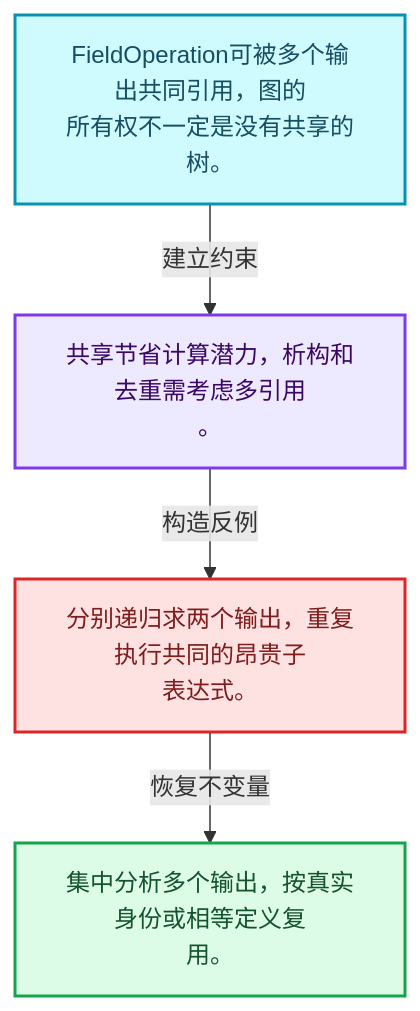
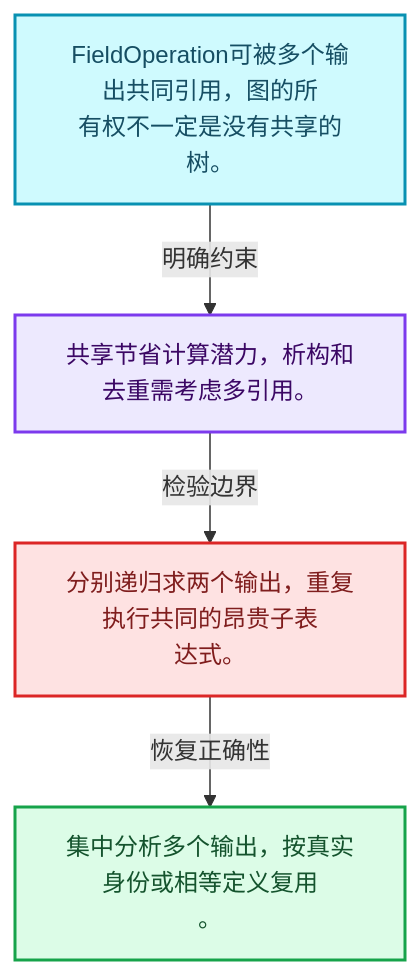
Before and after one commit to yunkezengren/blender-.vscode: the first of 4 diagrams in 杂/markdown/全面学习-codex/08-Field表达式与求值/05-FieldOperation运算节点.md, drawn with Mermaid. The commit also changed other lines of this file and 1930 other files, not shown here.

````diff
--- a/杂/markdown/全面学习-codex/08-Field表达式与求值/05-FieldOperation运算节点.md
+++ b/杂/markdown/全面学习-codex/08-Field表达式与求值/05-FieldOperation运算节点.md
@@ -29,16 +29,16 @@
 ```mermaid
 flowchart TB
-  M["FieldOperation可被多个输出共同引用，图的<br/>所有权不一定是没有共享的树。"]:::data
-  T["共享节省计算潜力，析构和去重需考虑多引用<br/>。"]:::abstraction
-  X["分别递归求两个输出，重复执行共同的昂贵子<br/>表达式。"]:::error
-  A["集中分析多个输出，按真实身份或相等定义复<br/>用。"]:::result
-  M -->|"建立约束"| T
-  T -->|"构造反例"| X
-  X -->|"恢复不变量"| A
+  M["FieldOperation可被多个输出共同引用，图的所<br/>有权不一定是没有共享的树。"]:::data
+  C["共享节省计算潜力，析构和去重需考虑多引用。"]:::abstraction
+  B["分别递归求两个输出，重复执行共同的昂贵子表<br/>达式。"]:::error
+  R["集中分析多个输出，按真实身份或相等定义复用<br/>。"]:::result
+  M -->|"明确约束"| C
+  C -->|"检验边界"| B
+  B -->|"恢复正确性"| R
   classDef input fill:#DBEAFE,stroke:#2563EB,color:#172554,stroke-width:2px;
   classDef data fill:#CFFAFE,stroke:#0891B2,color:#164E63,stroke-width:2px;
   classDef abstraction fill:#EDE9FE,stroke:#7C3AED,color:#3B0764,stroke-width:2px;
   classDef compute fill:#FEF3C7,stroke:#D97706,color:#78350F,stroke-width:2px;
   classDef result fill:#DCFCE7,stroke:#16A34A,color:#14532D,stroke-width:2px;
   classDef error fill:#FEE2E2,stroke:#DC2626,color:#7F1D1D,stroke-width:2px;
 ```
````
